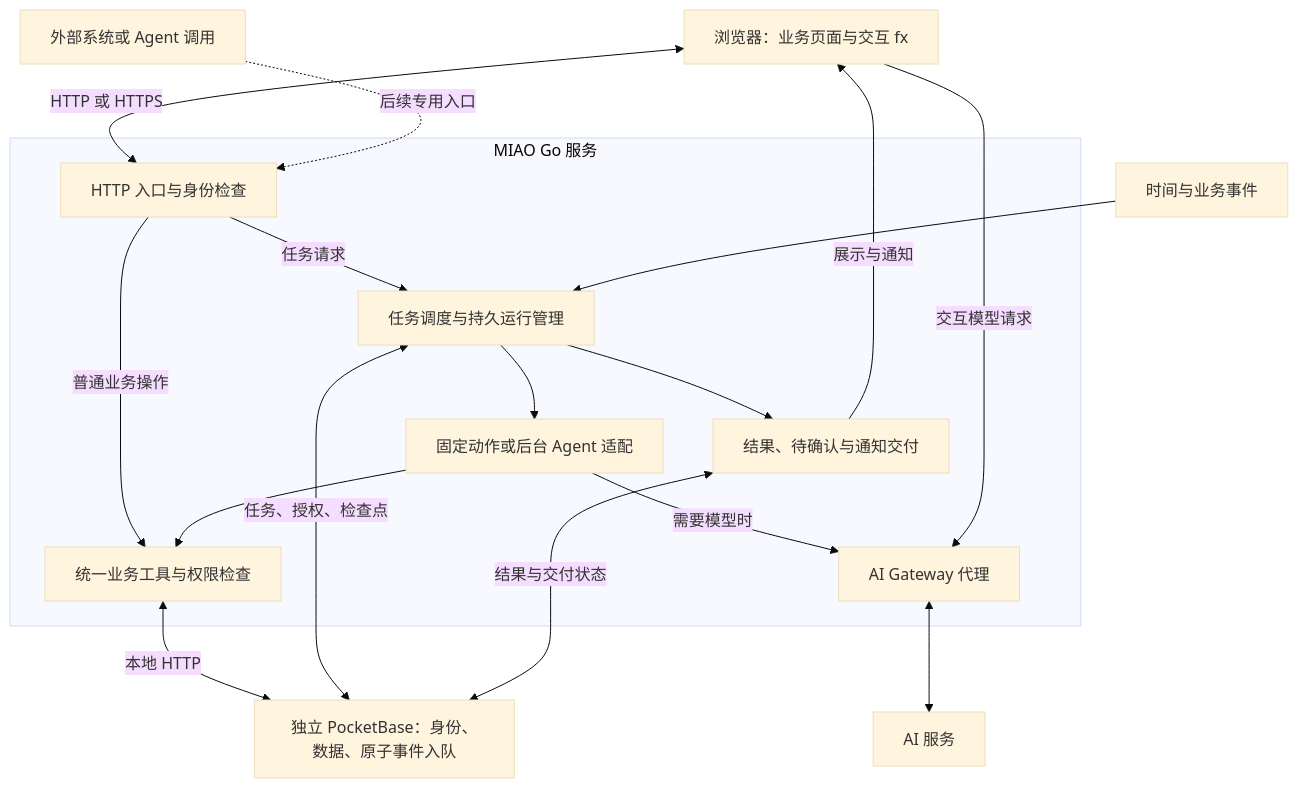
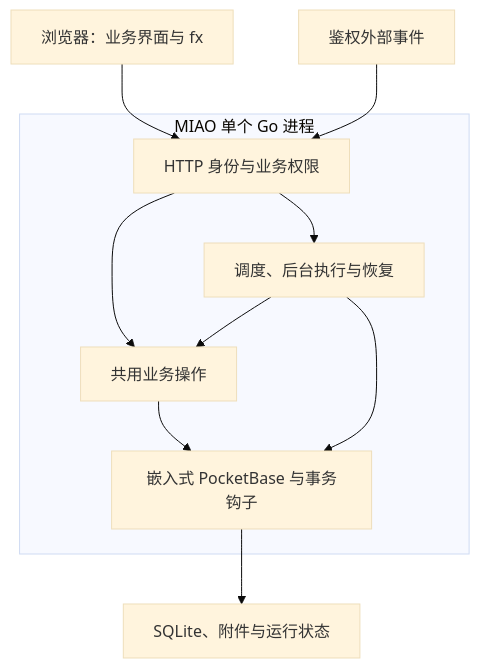
The first of 2 diagrams in docs/OPERATIONS.md (tans/miao), drawn with Mermaid (base theme) before and after one commit. The commit also changed other lines of this file and 69 other files, not shown here.

Commit message:
refactor: embed PocketBase and complete Go runtime foundations (#6)

````diff
--- a/docs/OPERATIONS.md
+++ b/docs/OPERATIONS.md
@@ -380,29 +390,19 @@
 ```mermaid
 flowchart TD
-    WEB["浏览器：业务页面与交互 fx"]
-    TRIGGER["时间与业务事件"]
-    EXTERNAL["外部系统或 Agent 调用"]
-    subgraph GO["MIAO Go 服务"]
-        API["HTTP 入口与身份检查"]
-        RUN["任务调度与持久运行管理"]
-        EXEC["固定动作或后台 Agent 适配"]
-        TOOL["统一业务工具与权限检查"]
-        RESULT["结果、待确认与通知交付"]
-        GATEWAY["AI Gateway 代理"]
-        API -->|任务请求| RUN
-        API -->|普通业务操作| TOOL
-        RUN --> EXEC
-        EXEC --> TOOL
-        EXEC -->|需要模型时| GATEWAY
-        RUN --> RESULT
+    WEB["浏览器：业务界面与 fx"]
+    EXTERNAL["鉴权外部事件"]
+    subgraph GO["MIAO 单个 Go 进程"]
+        API["HTTP 身份与业务权限"]
+        WORKER["调度、后台执行与恢复"]
+        BUSINESS["共用业务操作"]
+        PB["嵌入式 PocketBase 与事务钩子"]
+        API --> BUSINESS
+        API --> WORKER
+        WORKER --> BUSINESS
+        BUSINESS --> PB
+        WORKER --> PB
     end
-    WEB <-->|HTTP 或 HTTPS| API
-    WEB -->|交互模型请求| GATEWAY
-    EXTERNAL -.->|后续专用入口| API
-    TRIGGER --> RUN
-    TOOL <-->|本地 HTTP| PB["独立 PocketBase：身份、数据、原子事件入队"]
-    RUN <-->|任务、授权、检查点| PB
-    RESULT <-->|结果与交付状态| PB
-    RESULT -->|展示与通知| WEB
-    GATEWAY <--> AI["AI 服务"]
+    WEB --> API
+    EXTERNAL --> API
+    PB --> DB["SQLite、附件与运行状态"]
 ```
````
